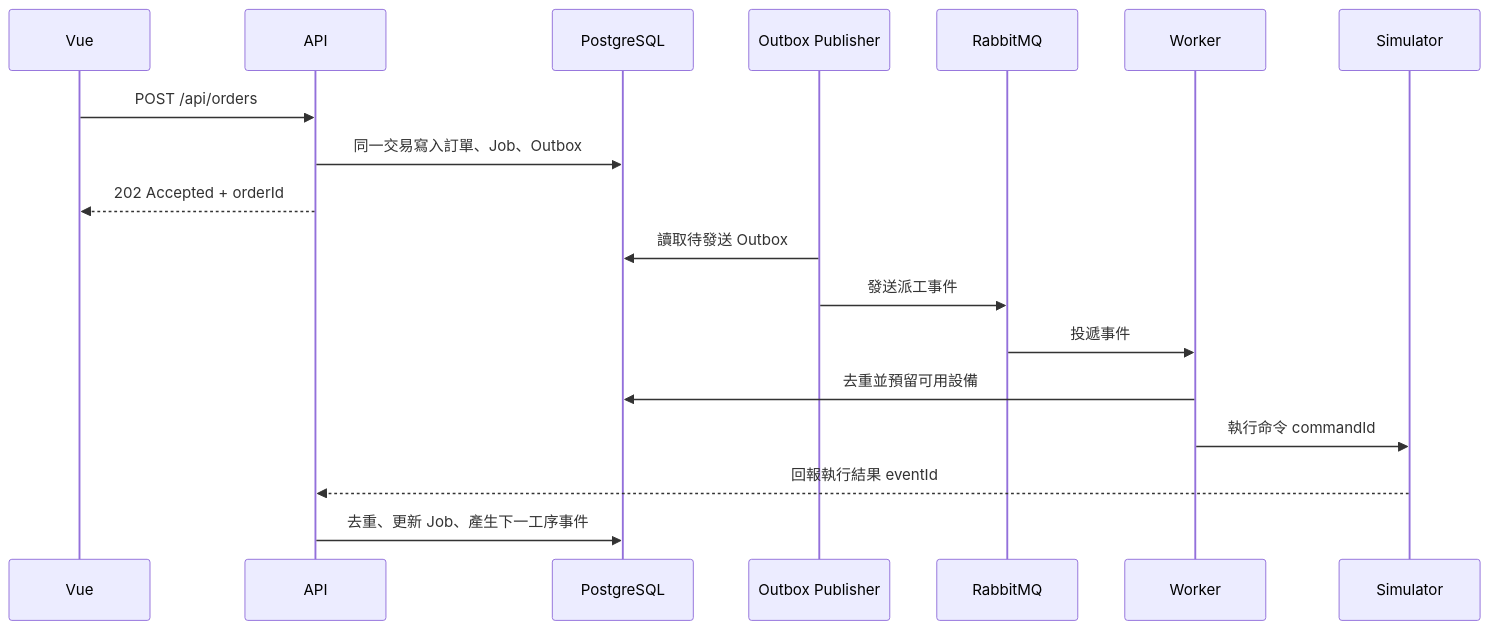
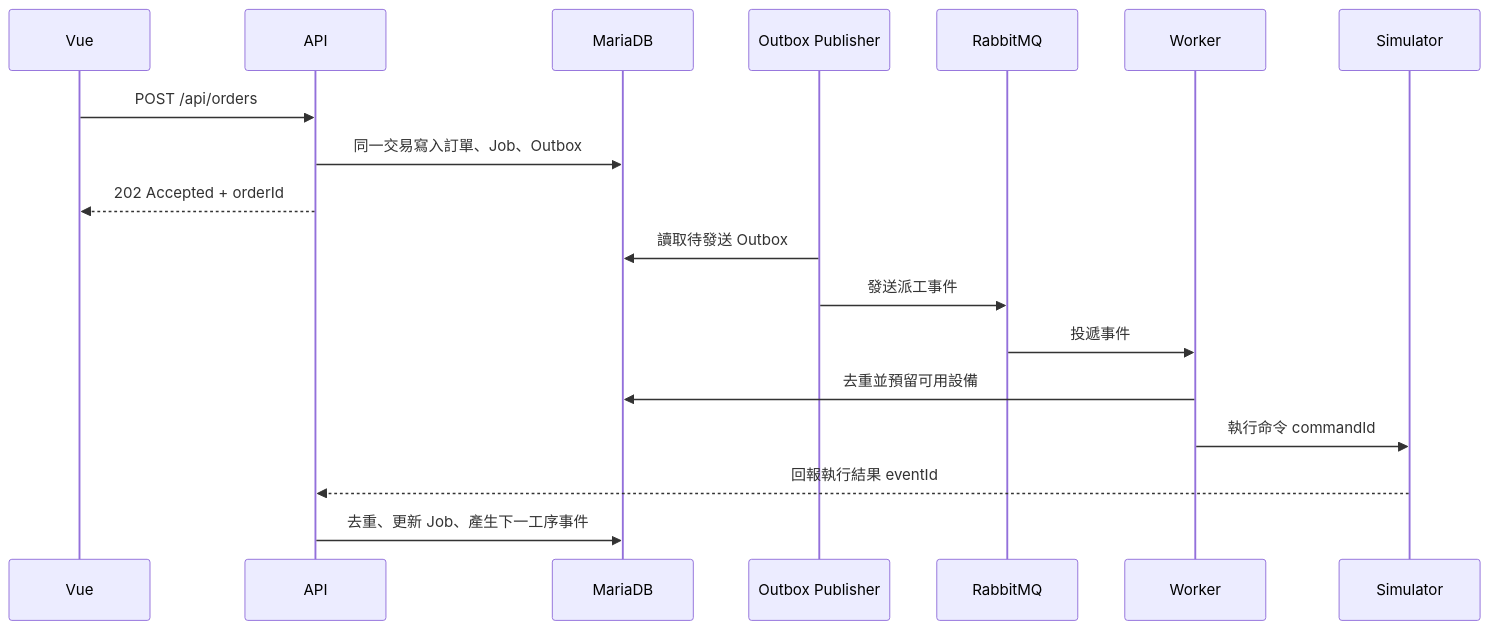
One commit to Shadow0607/MiniFactory changed the second of 3 diagrams in README.md. Above: the diagram before and after it, drawn with Mermaid. The commit also changed other lines of this file and 251 other files, not shown here.

````diff
--- a/README.md
+++ b/README.md
@@ -79,20 +96,20 @@
 ```mermaid
 sequenceDiagram
     participant UI as Vue
     participant API as API
-    participant DB as PostgreSQL
+    participant DB as MariaDB
     participant Pub as Outbox Publisher
     participant MQ as RabbitMQ
     participant W as Worker
     participant S as Simulator
     UI->>API: POST /api/orders
     API->>DB: 同一交易寫入訂單、Job、Outbox
     API-->>UI: 202 Accepted + orderId
     Pub->>DB: 讀取待發送 Outbox
     Pub->>MQ: 發送派工事件
     MQ->>W: 投遞事件
     W->>DB: 去重並預留可用設備
     W->>S: 執行命令 commandId
     S-->>API: 回報執行結果 eventId
     API->>DB: 去重、更新 Job、產生下一工序事件
 ```
````
